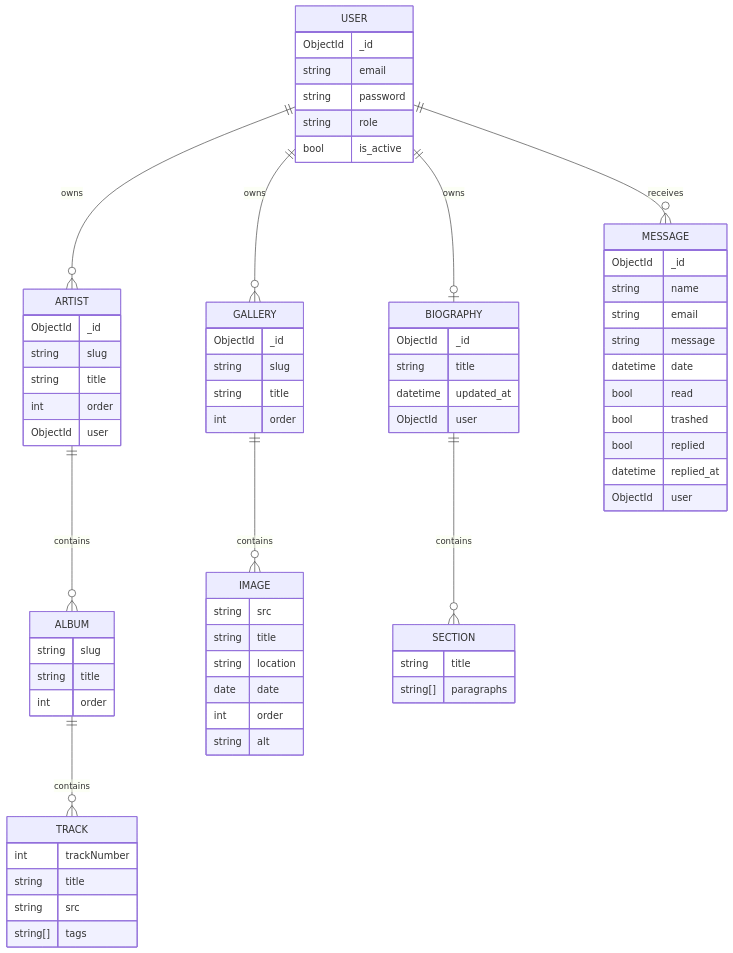
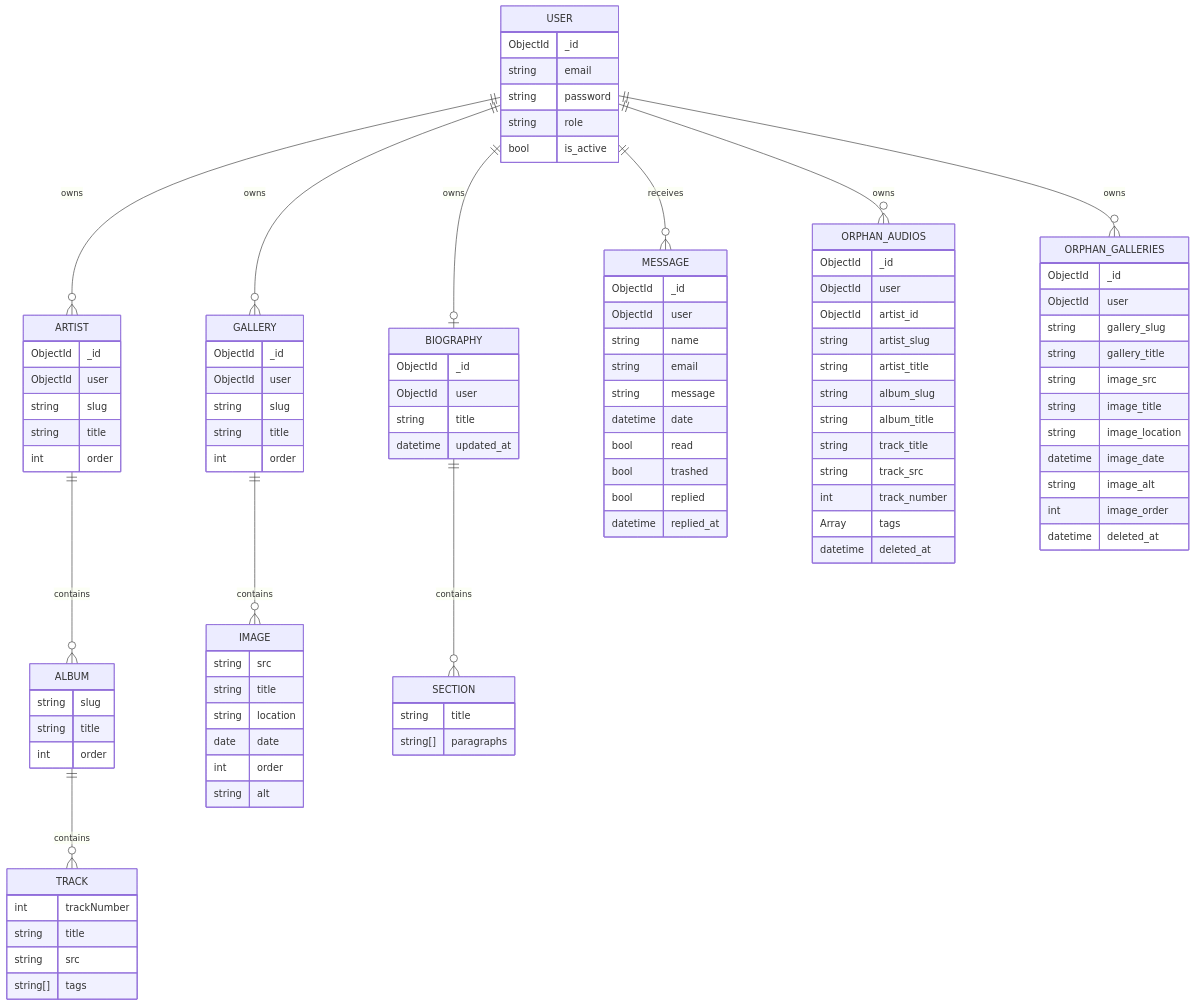
Before and after one commit to hakamir/Portfolio-Block-3: the fourth of 8 diagrams in README.md, drawn with Mermaid. The commit also changed other lines of this file and 1 other file, not shown here.

First line of the commit message:
fix(seed): update biography model to exclude image from data model

````diff
--- a/README.md
+++ b/README.md
@@ -180,10 +185,10 @@
 erDiagram
     ARTIST {
         ObjectId _id
+        ObjectId user
         string slug
         string title
         int order
-        ObjectId user
     }
     ALBUM {
         string slug
@@ -198,6 +203,7 @@
     }
     GALLERY {
         ObjectId _id
+        ObjectId user
         string slug
         string title
         int order
@@ -212,9 +218,9 @@
     }
     BIOGRAPHY {
         ObjectId _id
+        ObjectId user
         string title
         datetime updated_at
-        ObjectId user
     }
     SECTION {
         string title
@@ -222,6 +228,7 @@
     }
     MESSAGE {
         ObjectId _id
+        ObjectId user
         string name
         string email
         string message
@@ -230,7 +237,6 @@
         bool trashed
         bool replied
         datetime replied_at
-        ObjectId user
     }
     USER {
         ObjectId _id
@@ -238,6 +244,33 @@
         string password
         string role
         bool is_active
+    }
+    ORPHAN_AUDIOS {
+        ObjectId _id
+        ObjectId user
+        ObjectId artist_id
+        string artist_slug
+        string artist_title
+        string album_slug
+        string album_title
+        string track_title
+        string track_src
+        int track_number
+        Array tags
+        datetime deleted_at
+    }
+    ORPHAN_GALLERIES {
+        ObjectId _id
+        ObjectId user
+        string gallery_slug
+        string gallery_title
+        string image_src
+        string image_title
+        string image_location
+        datetime image_date
+        string image_alt
+        int image_order
+        datetime deleted_at
     }
 
     ARTIST ||--o{ ALBUM: contains
@@ -248,4 +281,6 @@
     USER ||--o{ ARTIST: owns
     USER ||--o{ GALLERY: owns
     USER ||--o{ MESSAGE: receives
+    USER ||--o{ ORPHAN_AUDIOS: owns
+    USER ||--o{ ORPHAN_GALLERIES: owns
 ```
````
